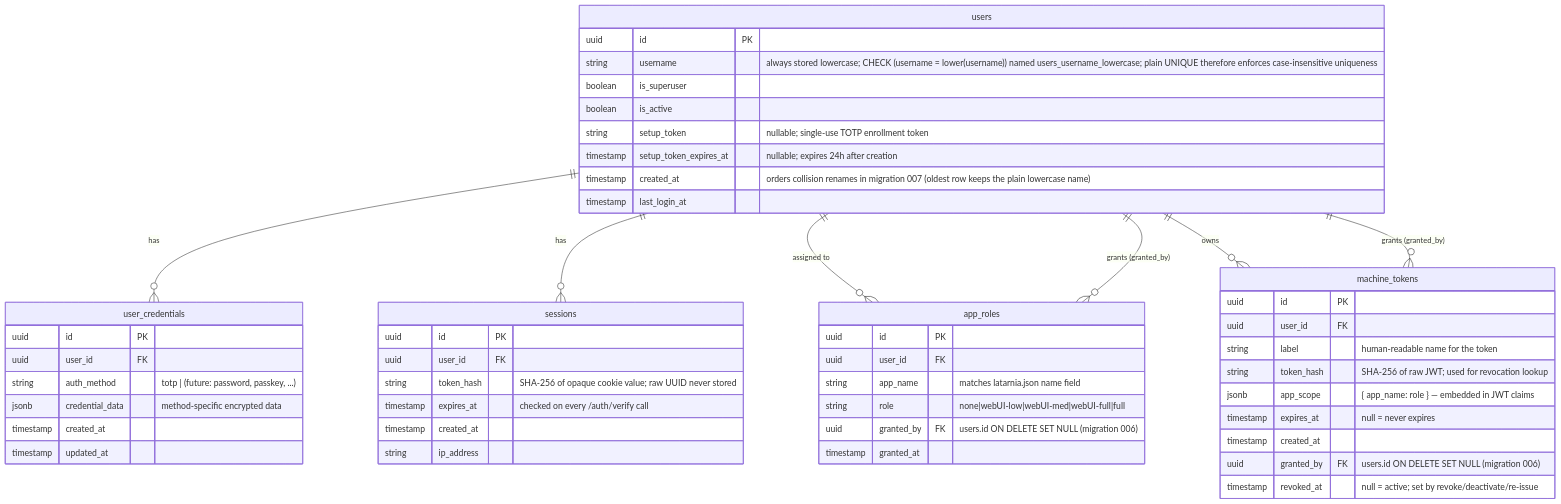
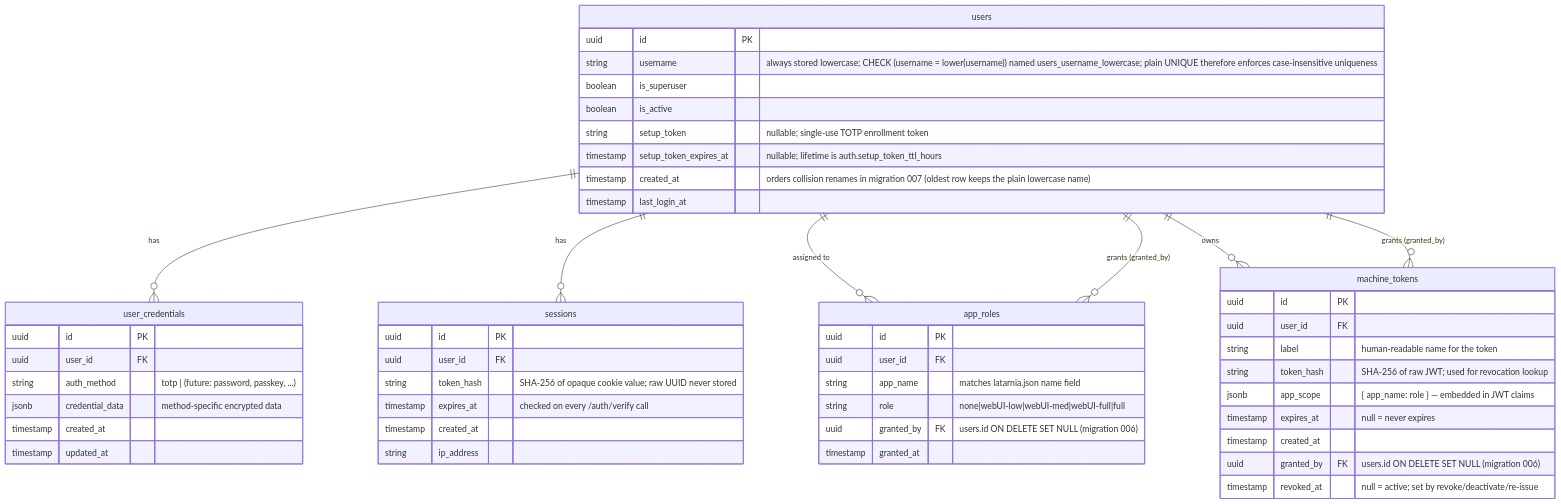
The third of 5 diagrams in docs/System/dataModel.md (felipe-stanham/Latarnia), drawn with Mermaid before and after one commit. The commit also changed other lines of this file and 10 other files, not shown here.

````diff
--- a/docs/System/dataModel.md
+++ b/docs/System/dataModel.md
@@ -252,59 +181,59 @@
 ```mermaid
 erDiagram
     users {
         uuid id PK
         string username "always stored lowercase; CHECK (username = lower(username)) named users_username_lowercase; plain UNIQUE therefore enforces case-insensitive uniqueness"
         boolean is_superuser
         boolean is_active
         string setup_token "nullable; single-use TOTP enrollment token"
-        timestamp setup_token_expires_at "nullable; expires 24h after creation"
+        timestamp setup_token_expires_at "nullable; lifetime is auth.setup_token_ttl_hours"
         timestamp created_at "orders collision renames in migration 007 (oldest row keeps the plain lowercase name)"
         timestamp last_login_at
     }
 
     user_credentials {
         uuid id PK
         uuid user_id FK
         string auth_method "totp | (future: password, passkey, ...)"
         jsonb credential_data "method-specific encrypted data"
         timestamp created_at
         timestamp updated_at
     }
 
     sessions {
         uuid id PK
         uuid user_id FK
         string token_hash "SHA-256 of opaque cookie value; raw UUID never stored"
         timestamp expires_at "checked on every /auth/verify call"
         timestamp created_at
         string ip_address
     }
 
     app_roles {
         uuid id PK
         uuid user_id FK
         string app_name "matches latarnia.json name field"
         string role "none|webUI-low|webUI-med|webUI-full|full"
         uuid granted_by FK "users.id ON DELETE SET NULL (migration 006)"
         timestamp granted_at
     }
 
     machine_tokens {
         uuid id PK
         uuid user_id FK
         string label "human-readable name for the token"
         string token_hash "SHA-256 of raw JWT; used for revocation lookup"
         jsonb app_scope "{ app_name: role } — embedded in JWT claims"
         timestamp expires_at "null = never expires"
         timestamp created_at
         uuid granted_by FK "users.id ON DELETE SET NULL (migration 006)"
         timestamp revoked_at "null = active; set by revoke/deactivate/re-issue"
     }
 
     users ||--o{ user_credentials : "has"
     users ||--o{ sessions : "has"
     users ||--o{ app_roles : "assigned to"
     users ||--o{ machine_tokens : "owns"
     users ||--o{ app_roles : "grants (granted_by)"
     users ||--o{ machine_tokens : "grants (granted_by)"
 ```
````
